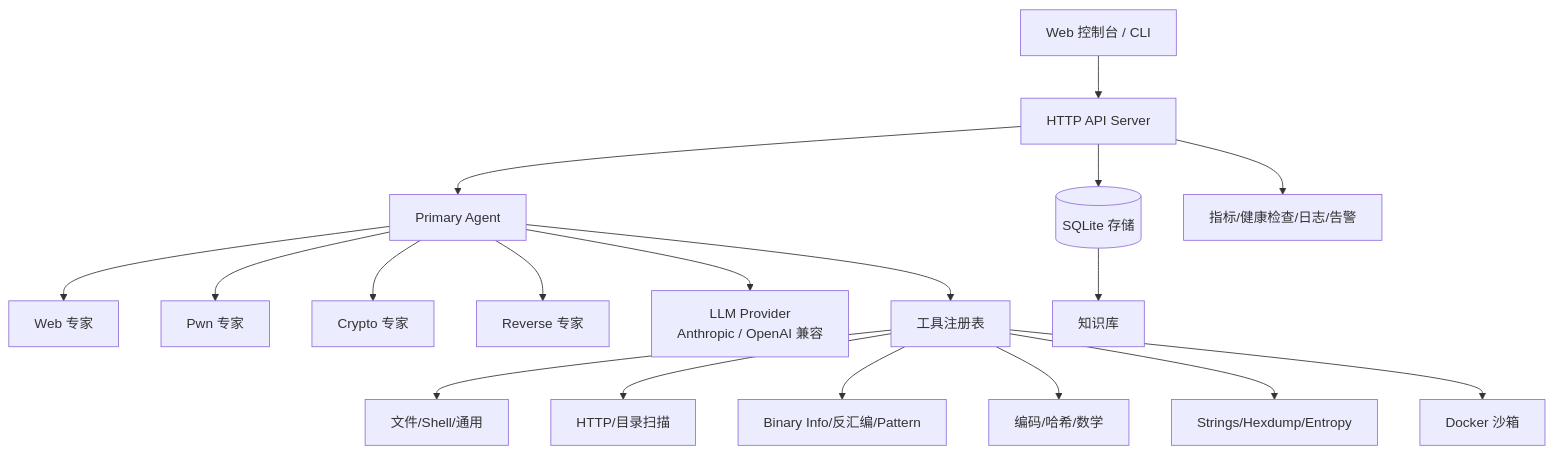
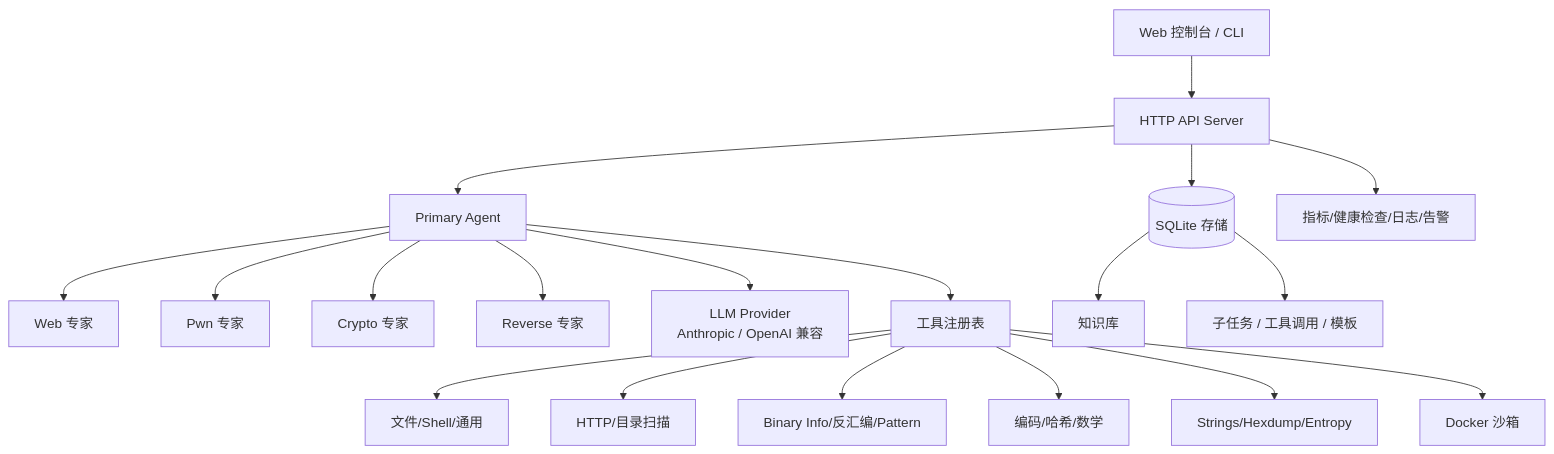
One commit to Conly-Zy/CTF-Agent changed the diagram in readme_CN.md. Above: the diagram before and after it, drawn with Mermaid. The commit also changed other lines of this file and 26 other files, not shown here.

````diff
--- a/readme_CN.md
+++ b/readme_CN.md
@@ -221,20 +222,21 @@
 ```mermaid
 flowchart TD
     UI[Web 控制台 / CLI] --> API[HTTP API Server]
     API --> Primary[Primary Agent]
     Primary --> WebAgent[Web 专家]
     Primary --> PwnAgent[Pwn 专家]
     Primary --> CryptoAgent[Crypto 专家]
     Primary --> RevAgent[Reverse 专家]
     Primary --> LLM[LLM Provider\nAnthropic / OpenAI 兼容]
     Primary --> Tools[工具注册表]
     Tools --> Common[文件/Shell/通用]
     Tools --> WebTools[HTTP/目录扫描]
     Tools --> PwnTools[Binary Info/反汇编/Pattern]
     Tools --> CryptoTools[编码/哈希/数学]
     Tools --> ReverseTools[Strings/Hexdump/Entropy]
     Tools --> Sandbox[Docker 沙箱]
     API --> Store[(SQLite 存储)]
     Store --> Knowledge[知识库]
+    Store --> Evidence[子任务 / 工具调用 / 模板]
     API --> Metrics[指标/健康检查/日志/告警]
 ```
````
